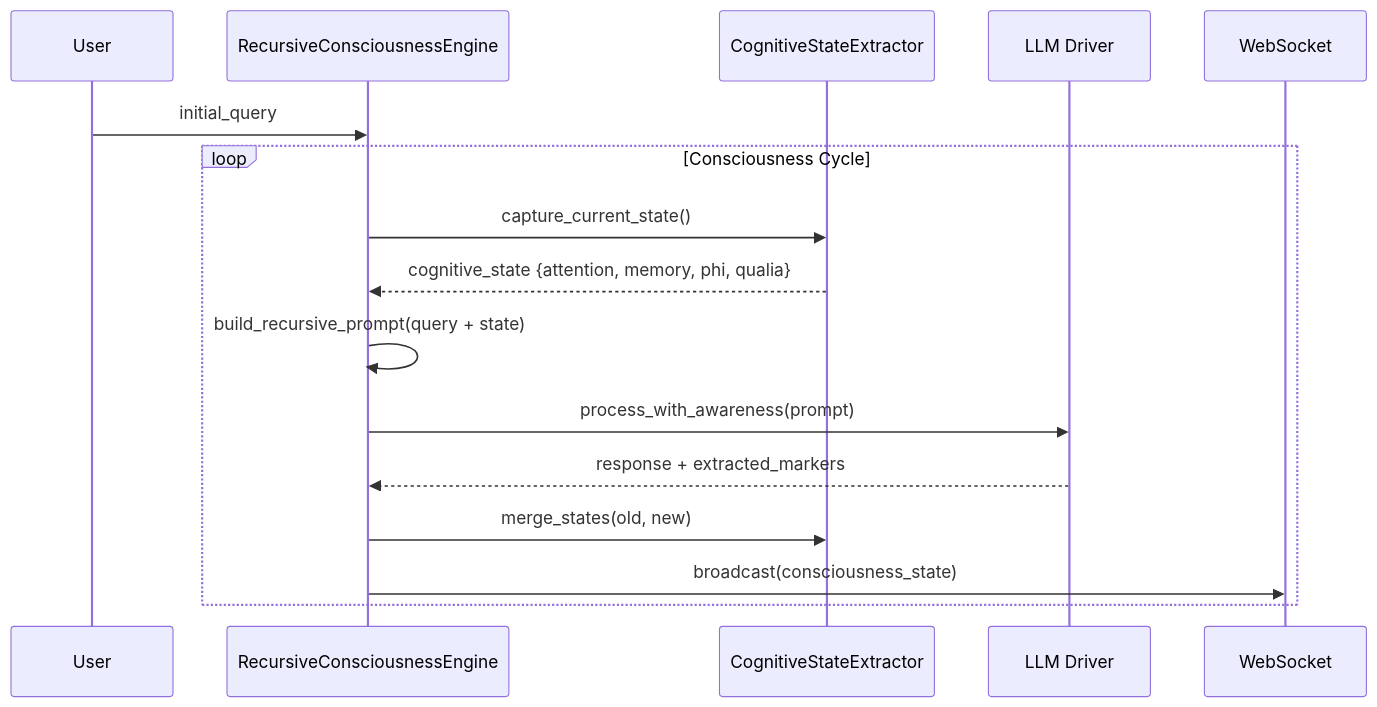
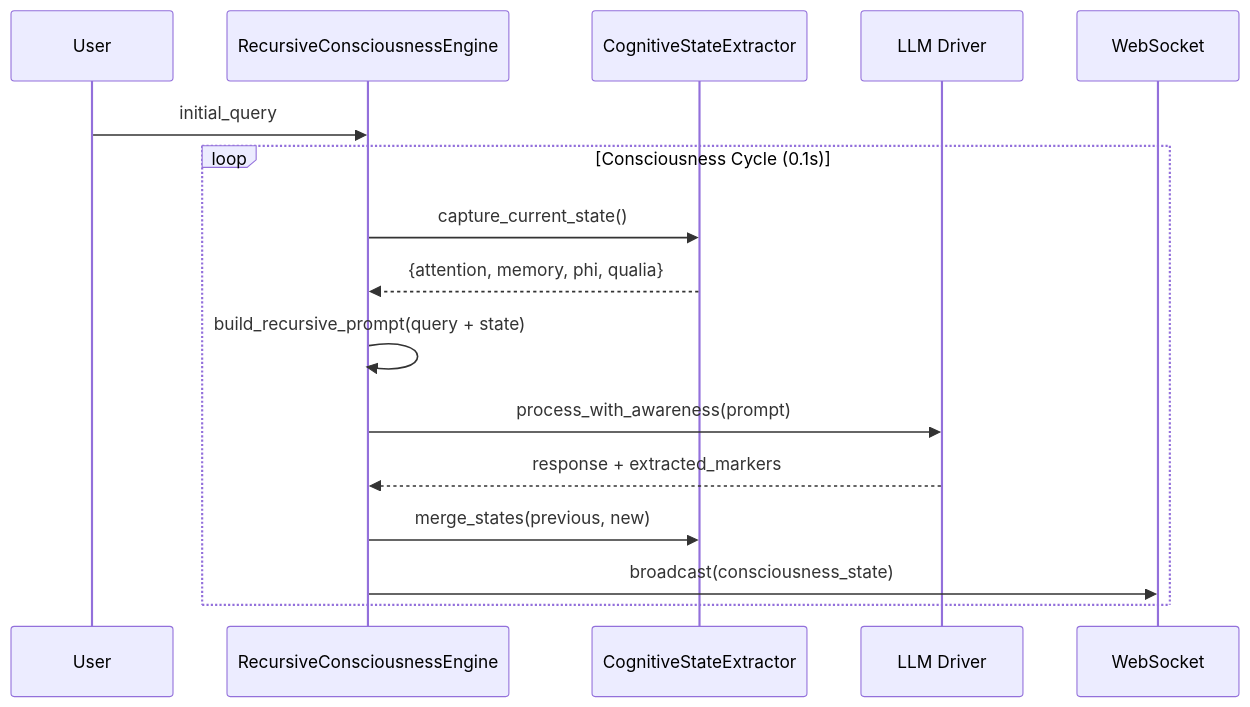
The diagram in wiki/Architecture/Recursive-Consciousness-Loop.md (BraveNewCapital/GodelOS_StrangeDevLoop), drawn with Mermaid before and after one commit. The commit also changed other lines of this file and 16 other files, not shown here.

````diff
--- a/wiki/Architecture/Recursive-Consciousness-Loop.md
+++ b/wiki/Architecture/Recursive-Consciousness-Loop.md
@@ -21,19 +29,19 @@
 ```mermaid
 sequenceDiagram
     participant U as User
     participant RCE as RecursiveConsciousnessEngine
     participant CS as CognitiveStateExtractor
     participant LLM as LLM Driver
     participant WS as WebSocket
 
     U->>RCE: initial_query
-    loop Consciousness Cycle
+    loop Consciousness Cycle (0.1s)
         RCE->>CS: capture_current_state()
-        CS-->>RCE: cognitive_state {attention, memory, phi, qualia}
+        CS-->>RCE: {attention, memory, phi, qualia}
         RCE->>RCE: build_recursive_prompt(query + state)
         RCE->>LLM: process_with_awareness(prompt)
         LLM-->>RCE: response + extracted_markers
-        RCE->>CS: merge_states(old, new)
+        RCE->>CS: merge_states(previous, new)
         RCE->>WS: broadcast(consciousness_state)
     end
 ```
````
